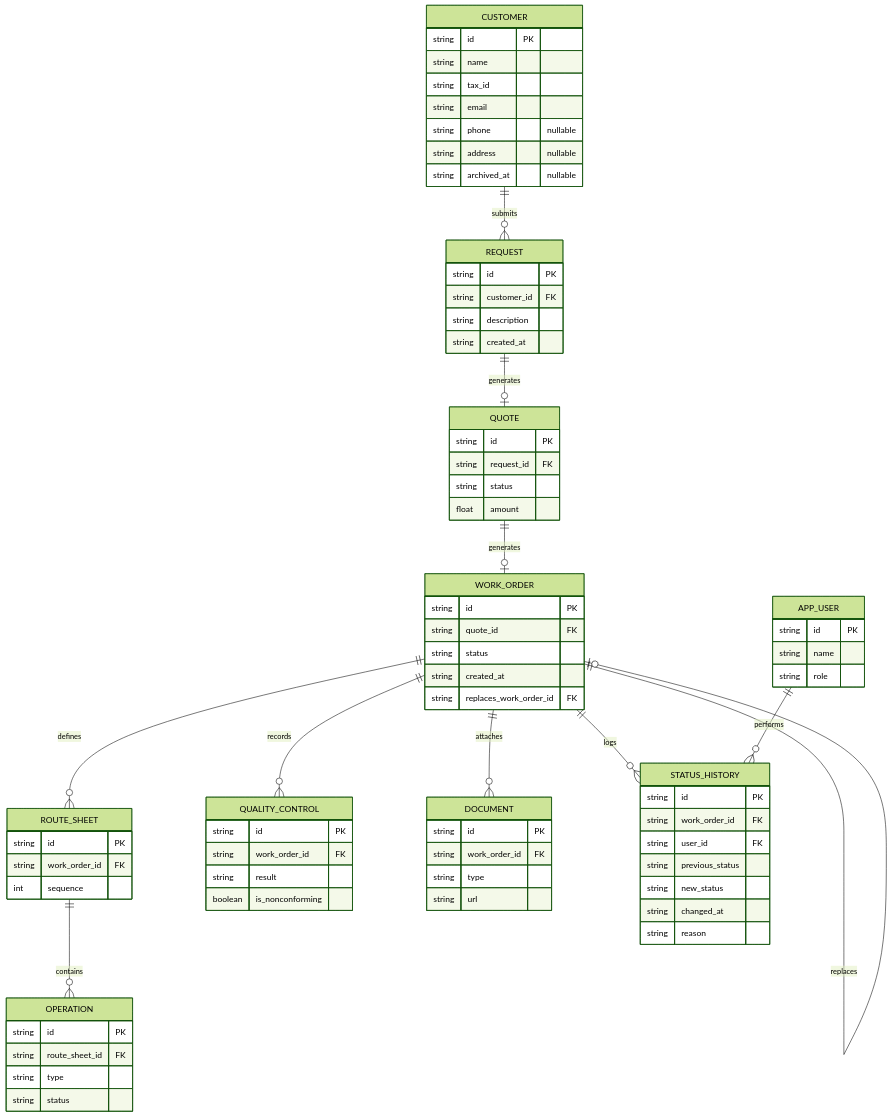
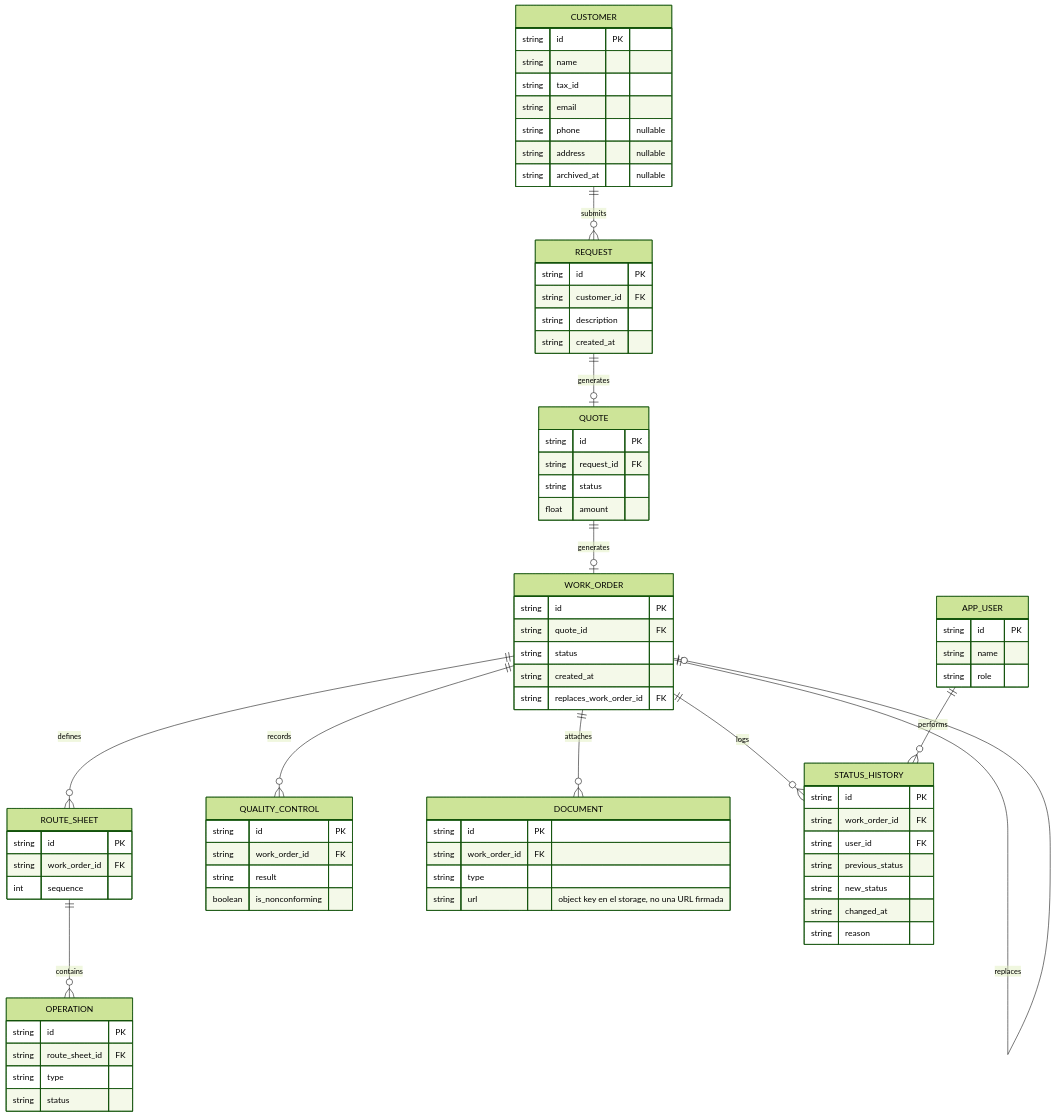
The diagram in docs/architecture.md (No-Country-simulation/S08-26-EQUIPO21-QualityTrack), drawn with Mermaid (forest theme) before and after one commit. The commit also changed other lines of this file and 8 other files, not shown here.

Commit message:
feat(storage): implement object storage S3-compatible (MinIO/Railway)

````diff
--- a/docs/architecture.md
+++ b/docs/architecture.md
@@ -12,79 +12,79 @@
 ```mermaid
 erDiagram
     CUSTOMER ||--o{ REQUEST : submits
     REQUEST ||--o| QUOTE : generates
     QUOTE ||--o| WORK_ORDER : generates
     WORK_ORDER ||--o{ ROUTE_SHEET : defines
     ROUTE_SHEET ||--o{ OPERATION : contains
     WORK_ORDER ||--o{ QUALITY_CONTROL : records
     WORK_ORDER ||--o{ DOCUMENT : attaches
     WORK_ORDER ||--o{ STATUS_HISTORY : logs
     WORK_ORDER ||--o| WORK_ORDER : replaces
     APP_USER ||--o{ STATUS_HISTORY : performs
 
     CUSTOMER {
         string id PK
         string name
         string tax_id
         string email
         string phone "nullable"
         string address "nullable"
         string archived_at "nullable"
     }
     REQUEST {
         string id PK
         string customer_id FK
         string description
         string created_at
     }
     QUOTE {
         string id PK
         string request_id FK
         string status
         float amount
     }
     WORK_ORDER {
         string id PK
         string quote_id FK
         string status
         string created_at
         string replaces_work_order_id FK
     }
     ROUTE_SHEET {
         string id PK
         string work_order_id FK
         int sequence
     }
     OPERATION {
         string id PK
         string route_sheet_id FK
         string type
         string status
     }
     QUALITY_CONTROL {
         string id PK
         string work_order_id FK
         string result
         boolean is_nonconforming
     }
     DOCUMENT {
         string id PK
         string work_order_id FK
         string type
-        string url
+        string url "object key en el storage, no una URL firmada"
     }
     STATUS_HISTORY {
         string id PK
         string work_order_id FK
         string user_id FK
         string previous_status
         string new_status
         string changed_at
         string reason
     }
     APP_USER {
         string id PK
         string name
         string role
     }
 ```
````
